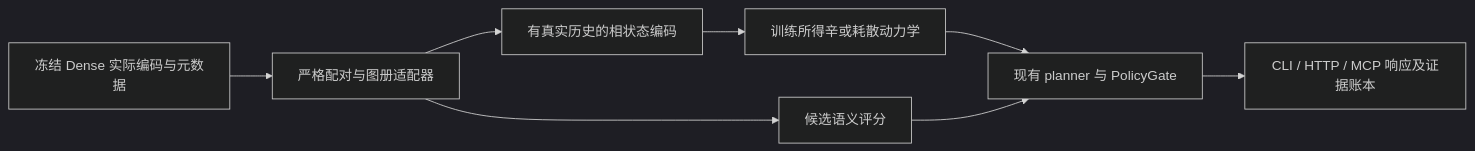
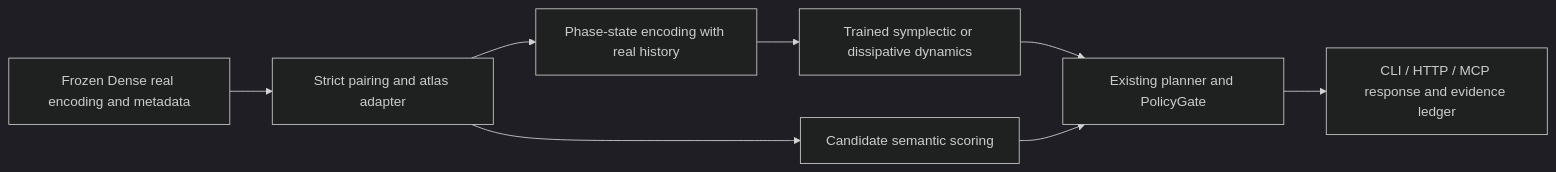
One commit to xmond/gen-zero changed the diagram in docs/research/b0927c-t1-geom-audit/REPORT.md. Above: the diagram before and after it, drawn with Mermaid (dark theme). The commit also changed other lines of this file and 46 other files, not shown here.

````diff
--- a/docs/research/b0927c-t1-geom-audit/REPORT.md
+++ b/docs/research/b0927c-t1-geom-audit/REPORT.md
@@ -359,10 +359,10 @@
 ```mermaid
 flowchart LR
-  A[冻结 Dense 实际编码与元数据] --> B[严格配对与图册适配器]
-  B --> C[候选语义评分]
-  B --> D[有真实历史的相状态编码]
-  D --> E[训练所得辛或耗散动力学]
-  E --> F[现有 planner 与 PolicyGate]
+  A[Frozen Dense real encoding and metadata] --> B[Strict pairing and atlas adapter]
+  B --> C[Candidate semantic scoring]
+  B --> D[Phase-state encoding with real history]
+  D --> E[Trained symplectic or dissipative dynamics]
+  E --> F[Existing planner and PolicyGate]
   C --> F
-  F --> G[CLI / HTTP / MCP 响应及证据账本]
+  F --> G[CLI / HTTP / MCP response and evidence ledger]
 ```
````
